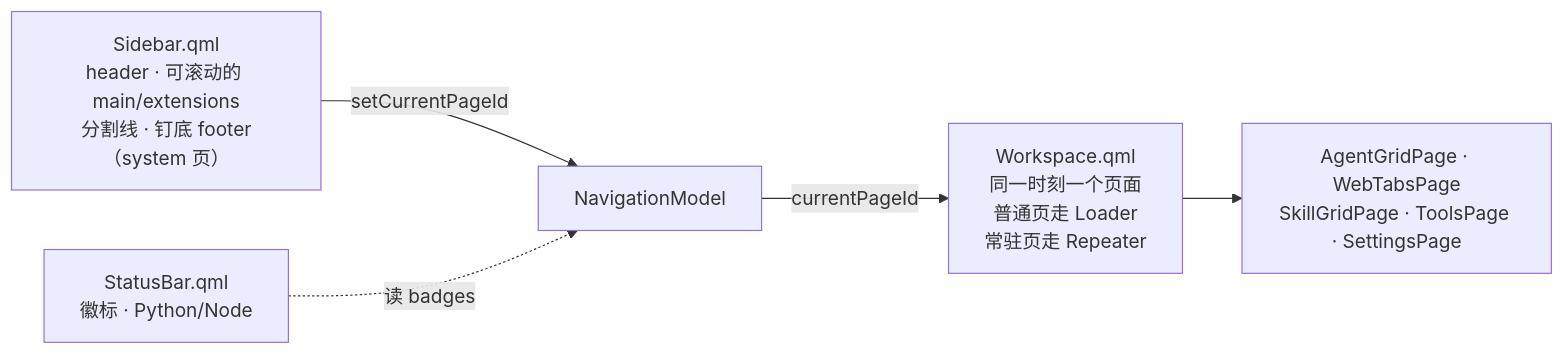
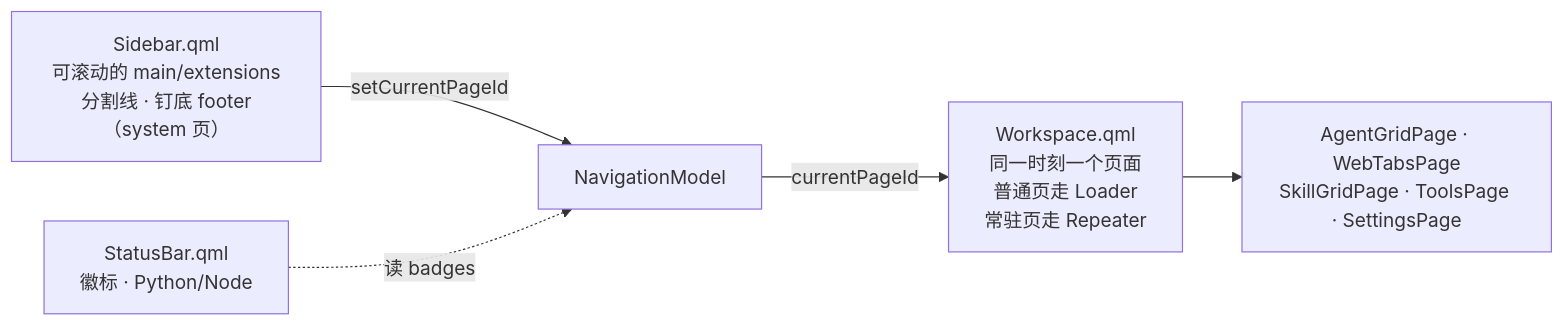
One commit to czyt1988/AgentWorkbench changed the fourth of 4 diagrams in docs/zh/architecture/index.md. Above: the diagram before and after it, drawn with Mermaid. The commit also changed 33 other files, not shown here.

First line of the commit message:
refactor(ui): unify typography, drop skill-card copy button, remove sidebar header

````diff
--- a/docs/zh/architecture/index.md
+++ b/docs/zh/architecture/index.md
@@ -165,12 +165,12 @@
 ```mermaid
 flowchart LR
-    Sidebar["Sidebar.qml<br/>header · 可滚动的 main/extensions<br/>分割线 · 钉底 footer（system 页）"]
+    Sidebar["Sidebar.qml<br/>可滚动的 main/extensions<br/>分割线 · 钉底 footer（system 页）"]
     Workspace["Workspace.qml<br/>同一时刻一个页面<br/>普通页走 Loader<br/>常驻页走 Repeater"]
     StatusBar["StatusBar.qml<br/>徽标 · Python/Node"]
     Nav["NavigationModel"]
     Pages["AgentGridPage · WebTabsPage<br/>SkillGridPage · ToolsPage · SettingsPage"]
     Sidebar -->|setCurrentPageId| Nav
     Nav -->|currentPageId| Workspace
     Workspace --> Pages
     StatusBar -.->|读 badges| Nav
 ```
````
